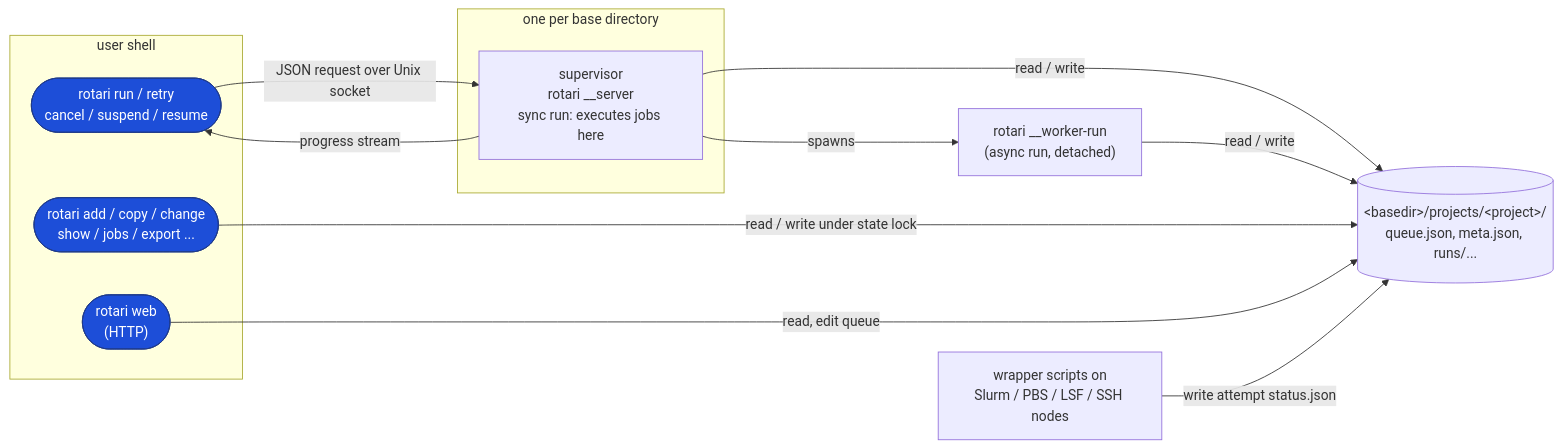
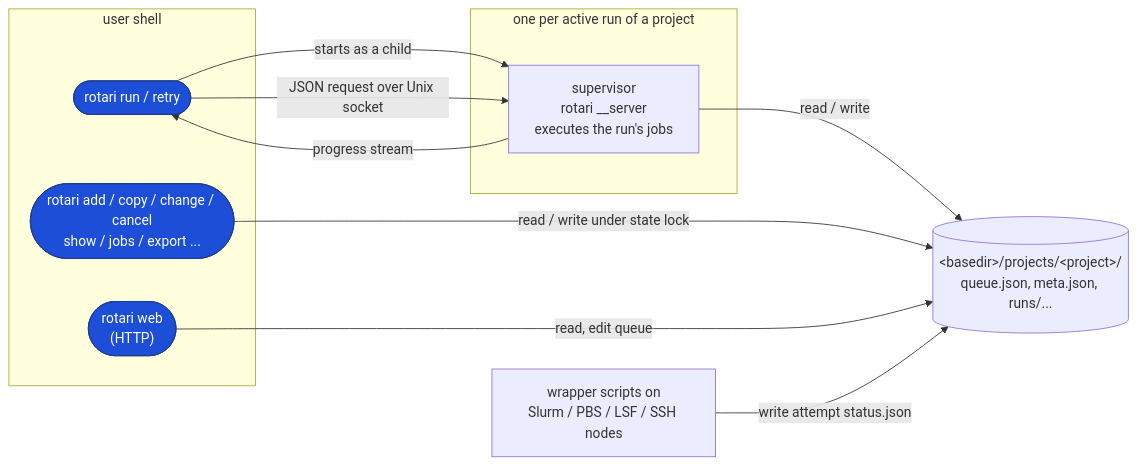
One commit to kamo-naoyuki/rotari changed the first of 2 diagrams in docs/ARCHITECTURE.md. Above: the diagram before and after it, drawn with Mermaid. The commit also changed other lines of this file and 39 other files, not shown here.

````diff
--- a/docs/ARCHITECTURE.md
+++ b/docs/ARCHITECTURE.md
@@ -17,26 +17,24 @@
 ```mermaid
 flowchart LR
   subgraph clients["user shell"]
-    runcli(["rotari run / retry<br/>cancel / suspend / resume"])
-    direct(["rotari add / copy / change<br/>show / jobs / export ..."])
+    runcli(["rotari run / retry"])
+    direct(["rotari add / copy / change / cancel<br/>show / jobs / export ..."])
     webcli(["rotari web<br/>(HTTP)"])
   end
-  subgraph sup["one per base directory"]
-    supervisor["supervisor<br/>rotari __server<br/>sync run: executes jobs here"]
+  subgraph sup["one per active run of a project"]
+    supervisor["supervisor<br/>rotari __server<br/>executes the run's jobs"]
   end
-  worker["rotari __worker-run<br/>(async run, detached)"]
   files[("&lt;basedir&gt;/projects/&lt;project&gt;/<br/>queue.json, meta.json, runs/...")]
   nodes["wrapper scripts on<br/>Slurm / PBS / LSF / SSH nodes"]
 
+  runcli -->|"starts as a child"| supervisor
   runcli -->|"JSON request over Unix socket"| supervisor
   supervisor -->|progress stream| runcli
-  supervisor -->|spawns| worker
   supervisor -->|read / write| files
-  worker -->|read / write| files
   direct -->|"read / write under state lock"| files
   webcli -->|"read, edit queue"| files
   nodes -->|write attempt status.json| files
 
   classDef command fill:#1d4ed8,stroke:#1e3a8a,color:#ffffff
   class runcli,direct,webcli command
 ```
````
